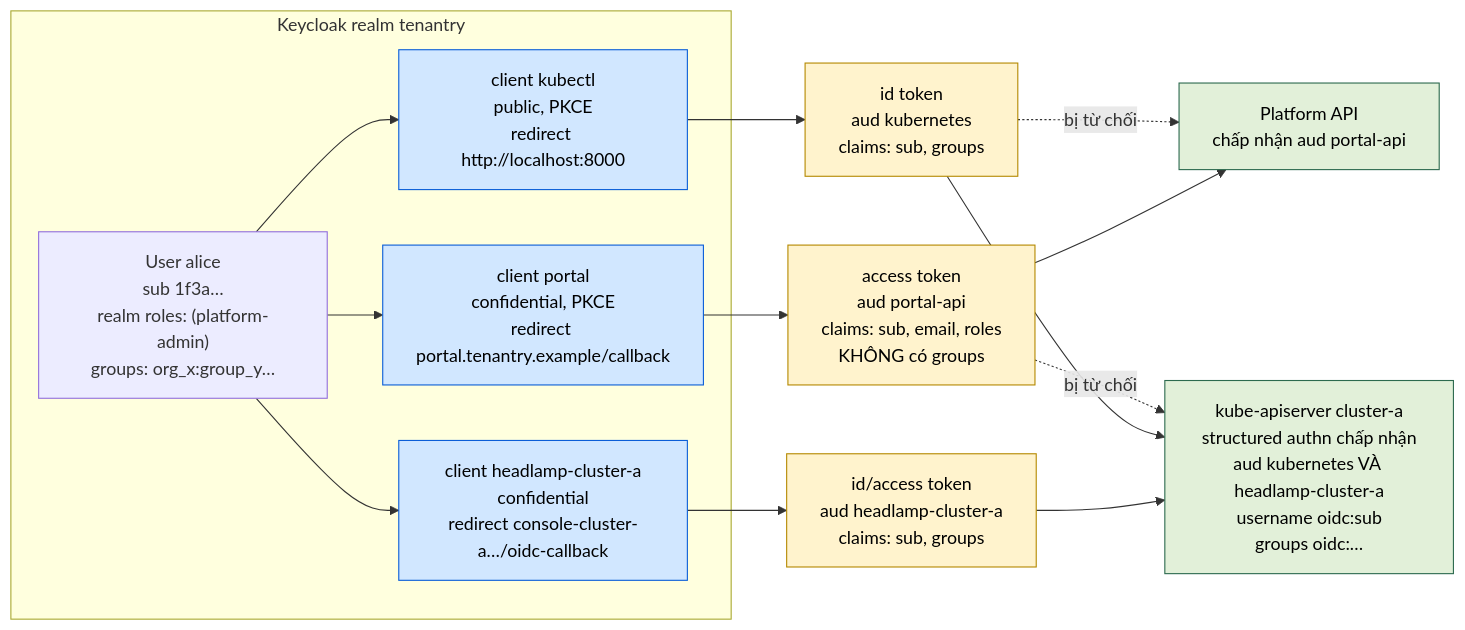
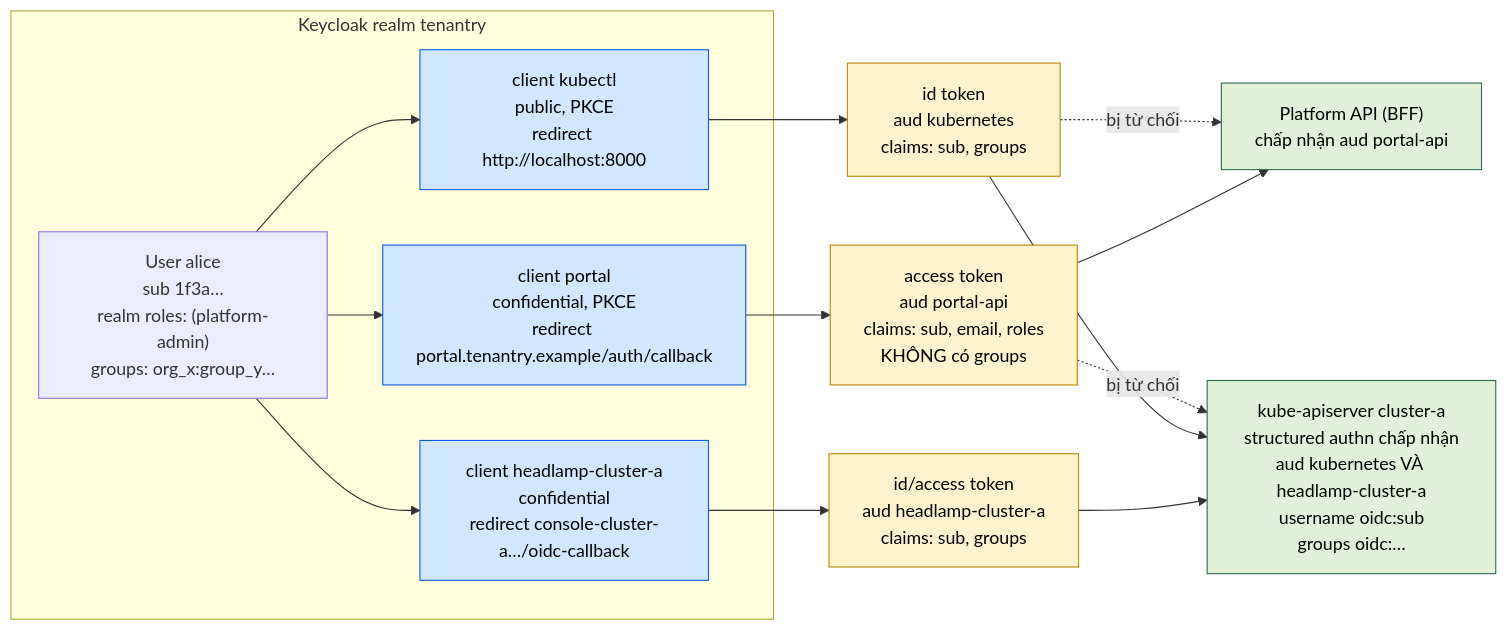
The second of 4 diagrams in docs/architecture/06-security-and-identity.md (thaihoc1310/tenantry), drawn with Mermaid before and after one commit. The commit also changed other lines of this file and 12 other files, not shown here.

````diff
--- a/docs/architecture/06-security-and-identity.md
+++ b/docs/architecture/06-security-and-identity.md
@@ -70,26 +69,26 @@
 ```mermaid
 flowchart LR
   classDef c fill:#d1e7ff,stroke:#0b5ed7,color:#000
   classDef t fill:#fff3cd,stroke:#b58900,color:#000
   classDef r fill:#e2f0d9,stroke:#2d6a4f,color:#000
 
   subgraph Realm["Keycloak realm tenantry"]
     U["User alice<br/>sub 1f3a…<br/>realm roles: (platform-admin)<br/>groups: org_x:group_y…"]
-    C1["client portal<br/>confidential, PKCE<br/>redirect portal.tenantry.example/callback"]:::c
+    C1["client portal<br/>confidential, PKCE<br/>redirect portal.tenantry.example/auth/callback"]:::c
     C2["client headlamp-cluster-a<br/>confidential<br/>redirect console-cluster-a…/oidc-callback"]:::c
     C3["client kubectl<br/>public, PKCE<br/>redirect http://localhost:8000"]:::c
   end
 
   T1["access token<br/>aud portal-api<br/>claims: sub, email, roles<br/>KHÔNG có groups"]:::t
   T2["id/access token<br/>aud headlamp-cluster-a<br/>claims: sub, groups"]:::t
   T3["id token<br/>aud kubernetes<br/>claims: sub, groups"]:::t
 
-  R1["Platform API<br/>chấp nhận aud portal-api"]:::r
+  R1["Platform API (BFF)<br/>chấp nhận aud portal-api"]:::r
   R2["kube-apiserver cluster-a<br/>structured authn chấp nhận<br/>aud kubernetes VÀ headlamp-cluster-a<br/>username oidc:sub<br/>groups oidc:…"]:::r
 
   U --> C1 --> T1 --> R1
   U --> C2 --> T2 --> R2
   U --> C3 --> T3 --> R2
   T1 -.->|"bị từ chối"| R2
   T3 -.->|"bị từ chối"| R1
 ```
````
